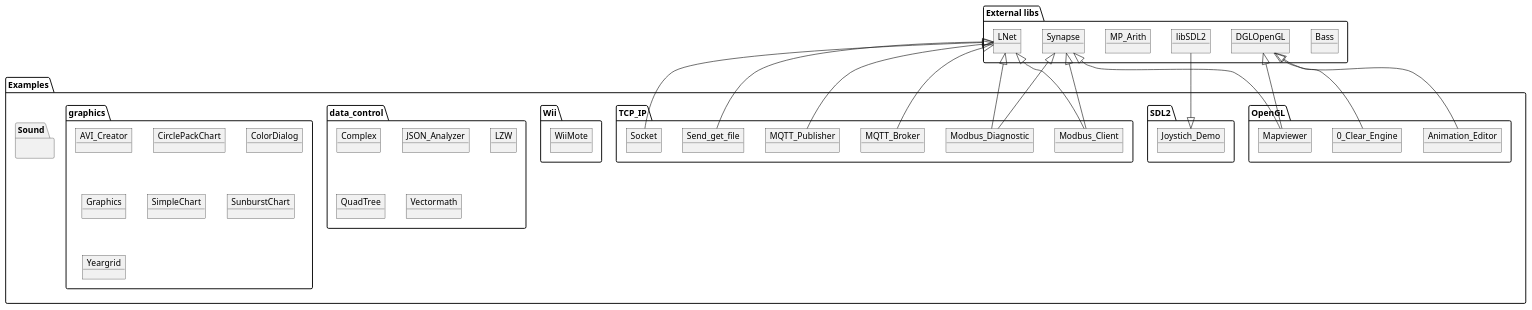
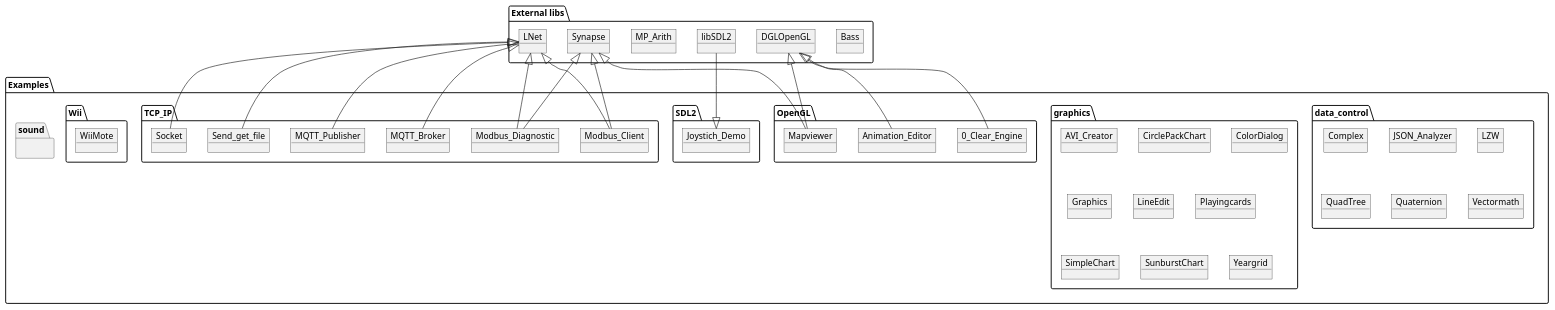
The diagram in overview.plantuml (PascalCorpsman/Examples), drawn with PlantUML before and after one commit. The commit also changed 1 other file, not shown here.

```diff
--- a/overview.plantuml
+++ b/overview.plantuml
@@ -2,71 +2,74 @@
 @startuml
 
 package "Examples" {
-  package "OpenGL" {
-   object Animation_Editor
-   object 0_Clear_Engine
-   object Mapviewer
-  }
-  package "SDL2" {
-   object Joystich_Demo
-  }
-  package "TCP_IP" {
-   object MQTT_Broker
-   object MQTT_Publisher
-   object Modbus_Client
-   object Modbus_Diagnostic
-   object Send_get_file
-   object Socket
-  }
-  package "Wii" {
-    object WiiMote
-  }
   package "data_control" {
     object Complex
     object JSON_Analyzer
     object LZW
     object QuadTree
+    object Quaternion
     object Vectormath
   }
   package "graphics" {
    object AVI_Creator
    object CirclePackChart
    object ColorDialog
    object Graphics
+   object LineEdit
+   object Playingcards
    object SimpleChart
    object SunburstChart
    object Yeargrid
   }
-  package "Sound" {
+  package "OpenGL" {
+   object 0_Clear_Engine
+   object Animation_Editor
+   object Mapviewer
+  }
+  package "SDL2" {
+   object Joystich_Demo
+  }
+  package "sound" {
    
+  }
+  package "TCP_IP" {
+   object Modbus_Client
+   object Modbus_Diagnostic
+   object MQTT_Broker
+   object MQTT_Publisher
+   object Send_get_file
+   object Socket
+  }
+  package "Wii" {
+    object WiiMote
   }
 }
 
 package "External libs" 
 {
   object Bass
   object DGLOpenGL
   object LNet 
   object MP_Arith
   object libSDL2
   object Synapse
 
   DGLOpenGL <|-- 0_Clear_Engine
   DGLOpenGL <|-- Animation_Editor 
   DGLOpenGL <|-- Mapviewer 
   Synapse <|-- Mapviewer 
 
   Joystich_Demo <|-- libSDL2
 
   LNet <|-- MQTT_Broker
   LNet <|-- MQTT_Publisher
   LNet <|-- Modbus_Client
   Synapse <|-- Modbus_Client
   LNet <|-- Modbus_Diagnostic
   Synapse <|-- Modbus_Diagnostic
   LNet <|-- Send_get_file
   LNet <|-- Socket
 
 }
 
 @enduml
```
